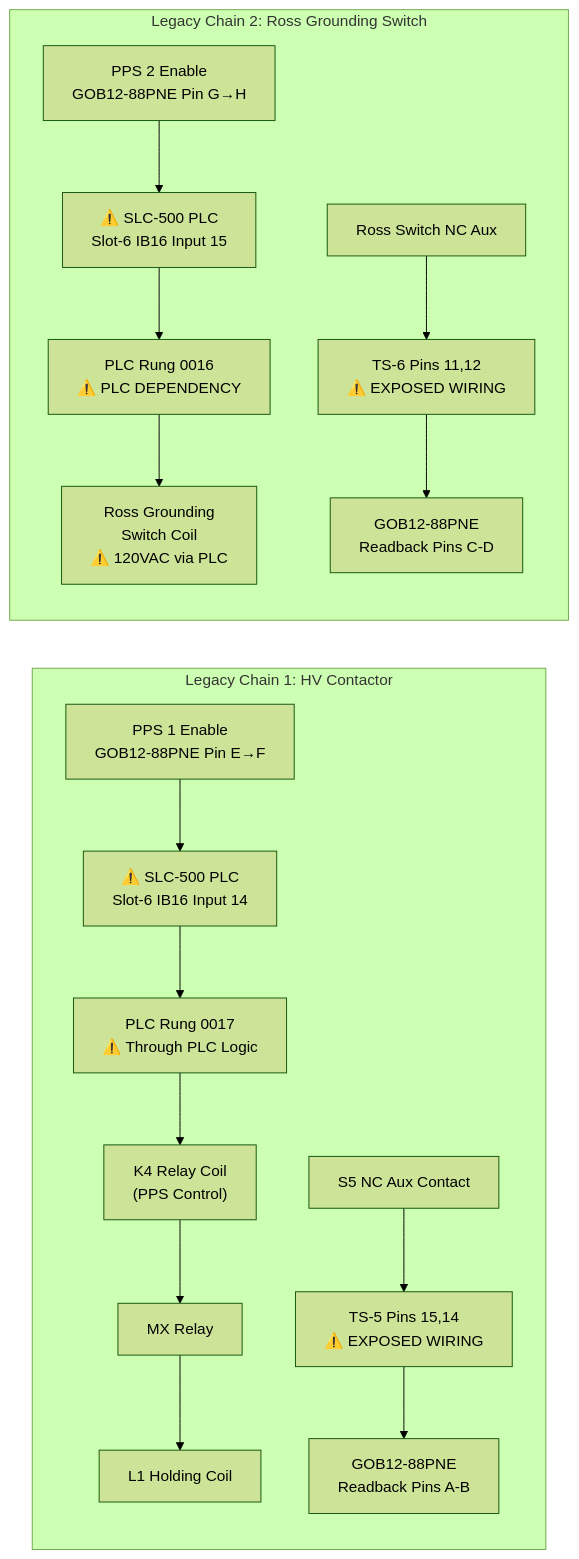
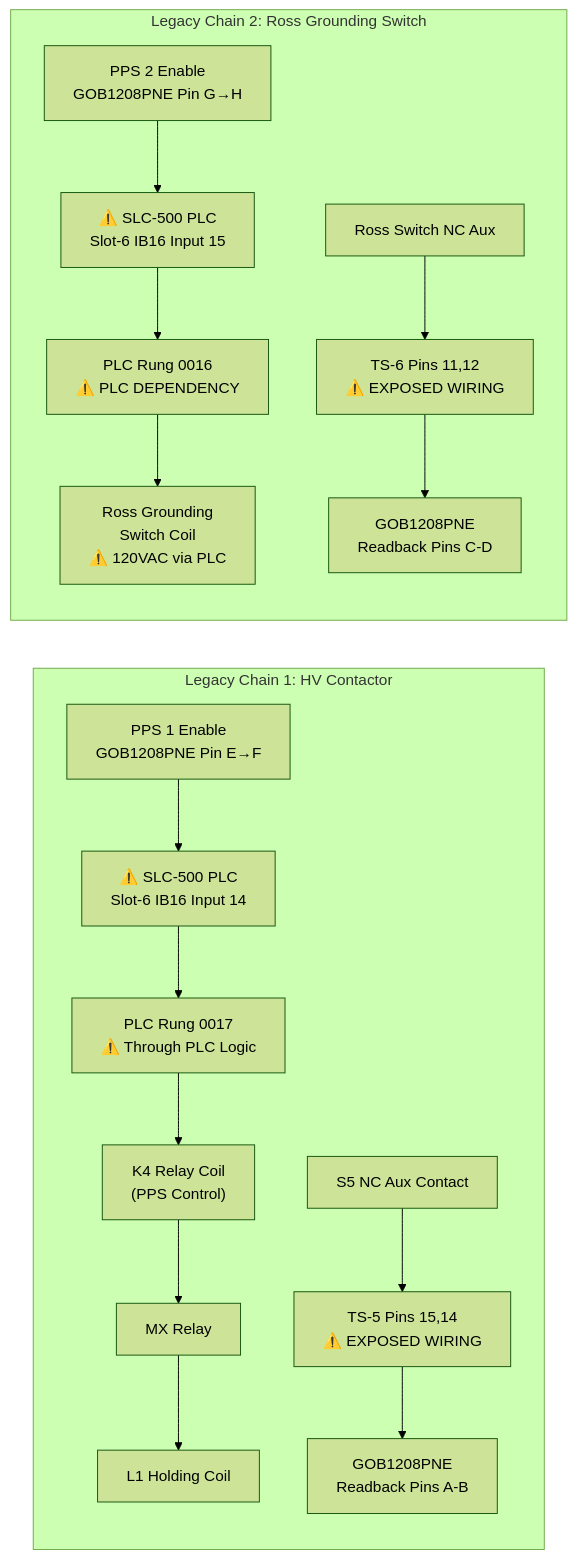
One commit to fayaw/spearlegacyLLRF changed the third of 4 diagrams in pps/diagrams/00_SYSTEM_OVERVIEW.md. Above: the diagram before and after it, drawn with Mermaid (forest theme). The commit also changed other lines of this file and 141 other files, not shown here.

````diff
--- a/pps/diagrams/00_SYSTEM_OVERVIEW.md
+++ b/pps/diagrams/00_SYSTEM_OVERVIEW.md
@@ -197,24 +197,24 @@
 ```mermaid
 flowchart LR
     subgraph LEGACY_CHAIN1["Legacy Chain 1: HV Contactor"]
         direction TB
-        PPS1_LEG["PPS 1 Enable<br/>GOB12-88PNE Pin E→F"] --> PLC_LEG["⚠️ SLC-500 PLC<br/>Slot-6 IB16 Input 14"]
+        PPS1_LEG["PPS 1 Enable<br/>GOB1208PNE Pin E→F"] --> PLC_LEG["⚠️ SLC-500 PLC<br/>Slot-6 IB16 Input 14"]
         PLC_LEG --> RUNG_LEG["PLC Rung 0017<br/>⚠️ Through PLC Logic"]
         RUNG_LEG --> K4_LEG["K4 Relay Coil<br/>(PPS Control)"]
         K4_LEG --> MX_LEG["MX Relay"]
         MX_LEG --> L1_LEG["L1 Holding Coil"]
 
         S5_LEG["S5 NC Aux Contact"] --> TS5_LEG["TS-5 Pins 15,14<br/>⚠️ EXPOSED WIRING"]
-        TS5_LEG --> PPS_AB_LEG["GOB12-88PNE<br/>Readback Pins A-B"]
+        TS5_LEG --> PPS_AB_LEG["GOB1208PNE<br/>Readback Pins A-B"]
     end
 
     subgraph LEGACY_CHAIN2["Legacy Chain 2: Ross Grounding Switch"]
         direction TB
-        PPS2_LEG["PPS 2 Enable<br/>GOB12-88PNE Pin G→H"] --> PLC2_LEG["⚠️ SLC-500 PLC<br/>Slot-6 IB16 Input 15"]
+        PPS2_LEG["PPS 2 Enable<br/>GOB1208PNE Pin G→H"] --> PLC2_LEG["⚠️ SLC-500 PLC<br/>Slot-6 IB16 Input 15"]
         PLC2_LEG --> RUNG2_LEG["PLC Rung 0016<br/>⚠️ PLC DEPENDENCY"]
         RUNG2_LEG --> ROSS_LEG["Ross Grounding<br/>Switch Coil<br/>⚠️ 120VAC via PLC"]
 
         ROSS_AUX_LEG["Ross Switch NC Aux"] --> TS6_LEG["TS-6 Pins 11,12<br/>⚠️ EXPOSED WIRING"]
-        TS6_LEG --> PPS_CD_LEG["GOB12-88PNE<br/>Readback Pins C-D"]
+        TS6_LEG --> PPS_CD_LEG["GOB1208PNE<br/>Readback Pins C-D"]
     end
 ```
````
